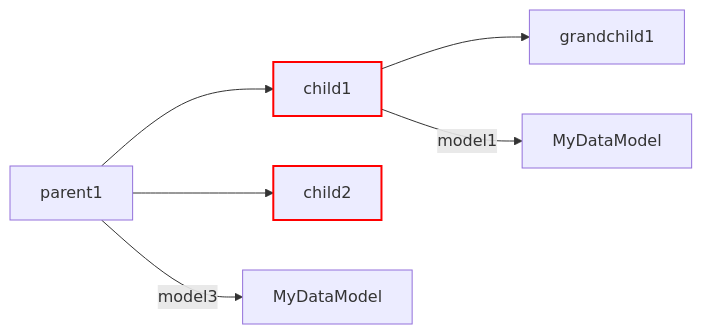
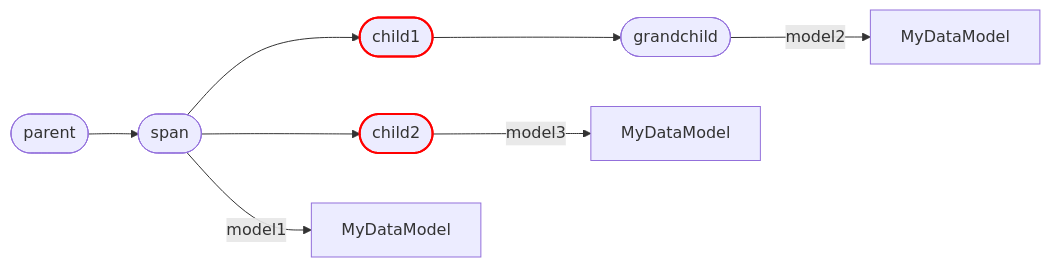
The third of 8 diagrams in docs/usage.md (rmorshea/artigraph), drawn with Mermaid before and after one commit. The commit also changed other lines of this file, not shown here.

````diff
--- a/docs/usage.md
+++ b/docs/usage.md
@@ -236,10 +267,22 @@
 ```mermaid
 graph LR
-    style child1 stroke:red,stroke-width:2px
-    style child2 stroke:red,stroke-width:2px
-    parent1 --> child1
-    parent1 --> child2
-    child1 --> grandchild1
-    child1 --> |model1| model1[MyDataModel]
-    parent1 --> |model3| model3[MyDataModel]
+    p([parent])
+    s([span])
+    c1([child1])
+    c2([child2])
+    g([grandchild])
+    m1[MyDataModel]
+    m2[MyDataModel]
+    m3[MyDataModel]
+
+    style c1 stroke:red,stroke-width:2px
+    style c2 stroke:red,stroke-width:2px
+
+    p --> s
+    s --> |model1| m1
+    s --> c1
+    s --> c2
+    c1 --> g
+    g --> |model2| m2
+    c2 --> |model3| m3
 ```
````
